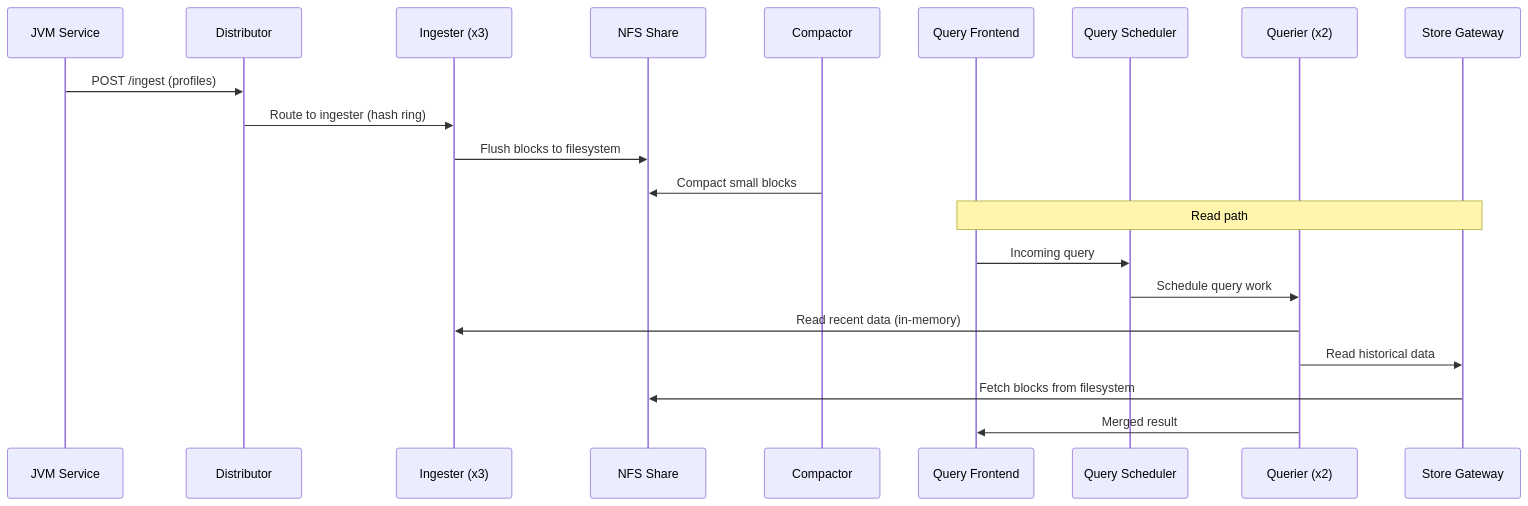
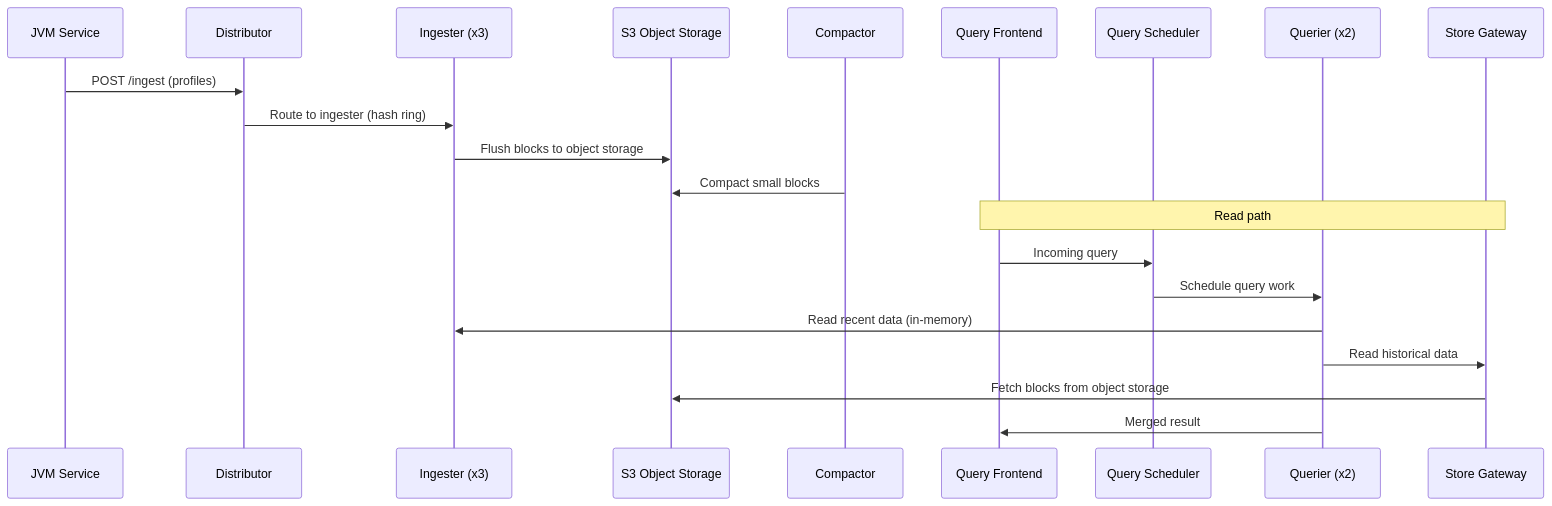
The second of 2 diagrams in deploy/microservices/vm/README.md (aff0gat000/pyroscope), drawn with Mermaid before and after one commit. The commit also changed other lines of this file and 26 other files, not shown here.

First line of the commit message:
Replace block storage with S3-compatible object storage across all docs and configs

````diff
--- a/deploy/microservices/vm/README.md
+++ b/deploy/microservices/vm/README.md
@@ -53,25 +53,25 @@
 ```mermaid
 sequenceDiagram
     participant SDK as JVM Service
     participant D as Distributor
     participant I as Ingester (x3)
-    participant NFS as NFS Share
+    participant S3 as S3 Object Storage
     participant C as Compactor
     participant QF as Query Frontend
     participant QS as Query Scheduler
     participant Q as Querier (x2)
     participant SG as Store Gateway
 
     SDK->>D: POST /ingest (profiles)
     D->>I: Route to ingester (hash ring)
-    I->>NFS: Flush blocks to filesystem
-    C->>NFS: Compact small blocks
+    I->>S3: Flush blocks to object storage
+    C->>S3: Compact small blocks
 
     Note over QF,SG: Read path
     QF->>QS: Incoming query
     QS->>Q: Schedule query work
     Q->>I: Read recent data (in-memory)
     Q->>SG: Read historical data
-    SG->>NFS: Fetch blocks from filesystem
+    SG->>S3: Fetch blocks from object storage
     Q->>QF: Merged result
 ```
````
